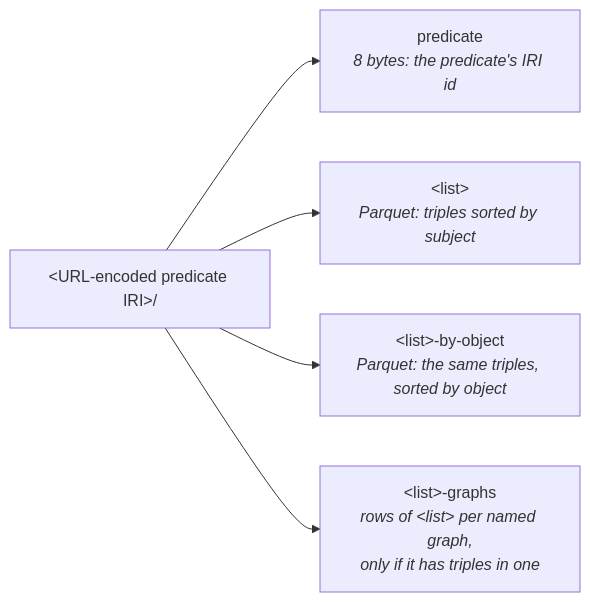
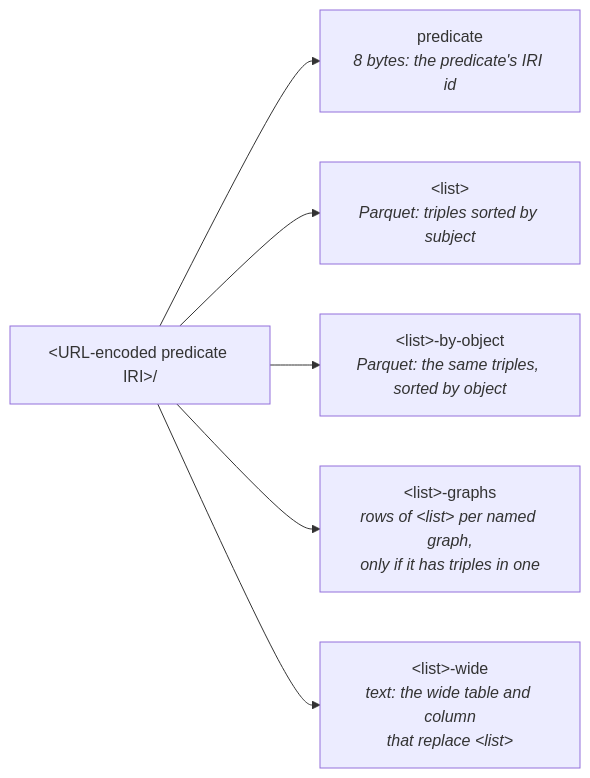
Before and after one commit to JervenBolleman/sparql-readonly: the second of 5 diagrams in docs/storage.md, drawn with Mermaid. The commit also changed other lines of this file and 12 other files, not shown here.

````diff
--- a/docs/storage.md
+++ b/docs/storage.md
@@ -37,8 +39,9 @@
 ```mermaid
 flowchart LR
     pred["#lt;URL-encoded predicate IRI#gt;/"]
     pred --> predfile["predicate<br/><i>8 bytes: the predicate's IRI id</i>"]
     pred --> list["#lt;list#gt;<br/><i>Parquet: triples sorted by subject</i>"]
     pred --> byobj["#lt;list#gt;-by-object<br/><i>Parquet: the same triples, sorted by object</i>"]
     pred --> graphs["#lt;list#gt;-graphs<br/><i>rows of #lt;list#gt; per named graph,<br/>only if it has triples in one</i>"]
+    pred --> widefile["#lt;list#gt;-wide<br/><i>text: the wide table and column<br/>that replace #lt;list#gt;</i>"]
 ```
````
